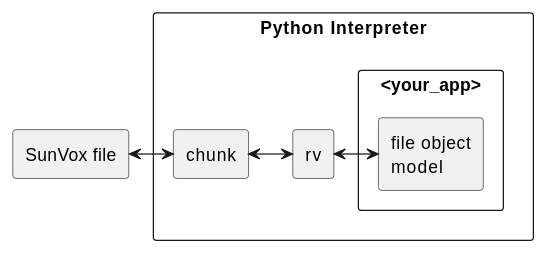
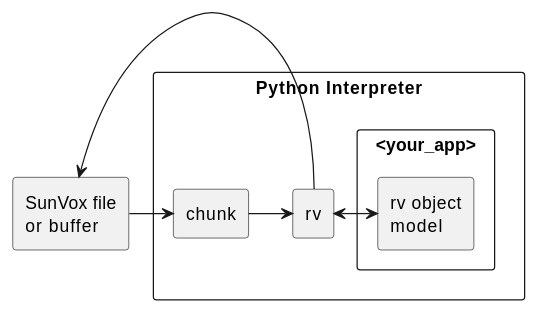
One commit to metrasynth/metrasynth changed the diagram in projects/rv.rst. Above: the diagram before and after it, drawn with PlantUML. The commit also changed other lines of this file and 1 other file, not shown here.

```diff
--- a/projects/rv.rst
+++ b/projects/rv.rst
@@ -63,15 +12,16 @@
 ..  uml::
 
     @startuml
     rectangle "Python Interpreter" as python {
         rectangle "<your_app>" as app {
-            rectangle "file object\nmodel" as obj
+            rectangle "rv object\nmodel" as obj
         }
         rectangle "rv" as rv
         rectangle "chunk" as chunk
     }
-    rectangle "SunVox file" as file
-    file <-> chunk
-    chunk <-> rv
+    rectangle "SunVox file\nor buffer" as file
+    file -> chunk
+    chunk -> rv
     rv <-left-> obj
+    rv -> file
     @enduml
```
